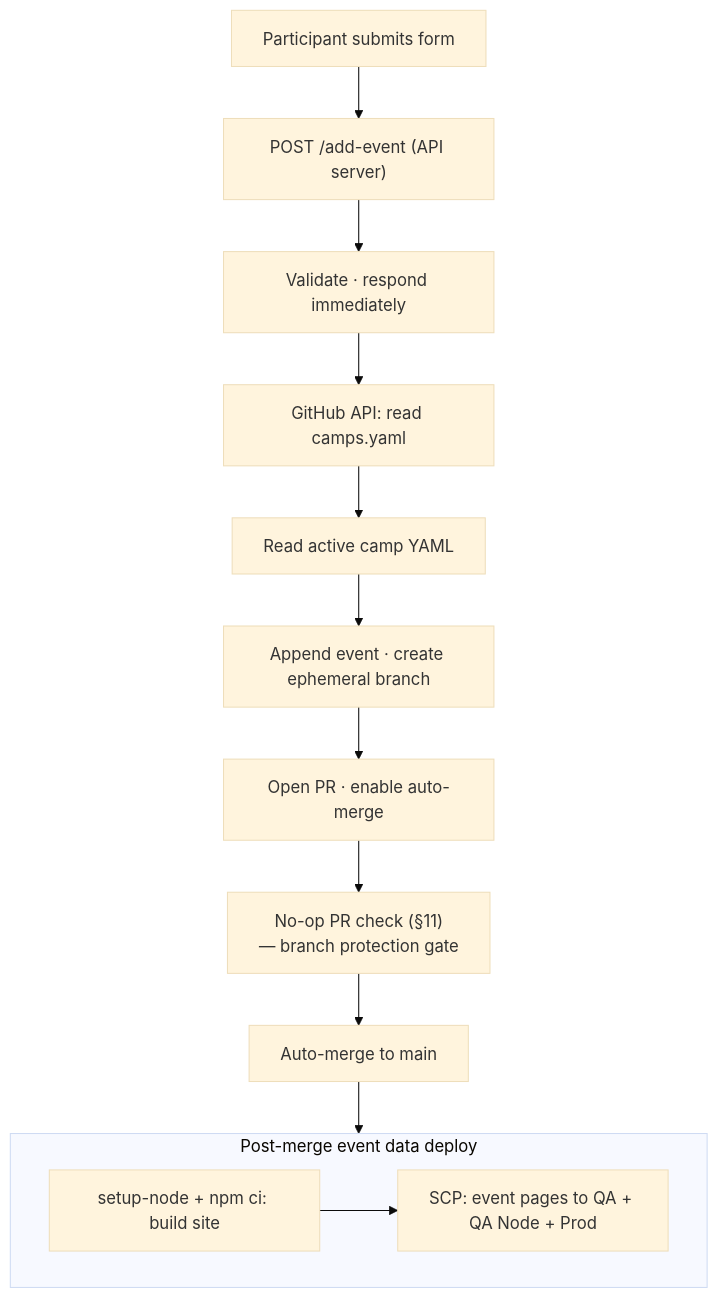
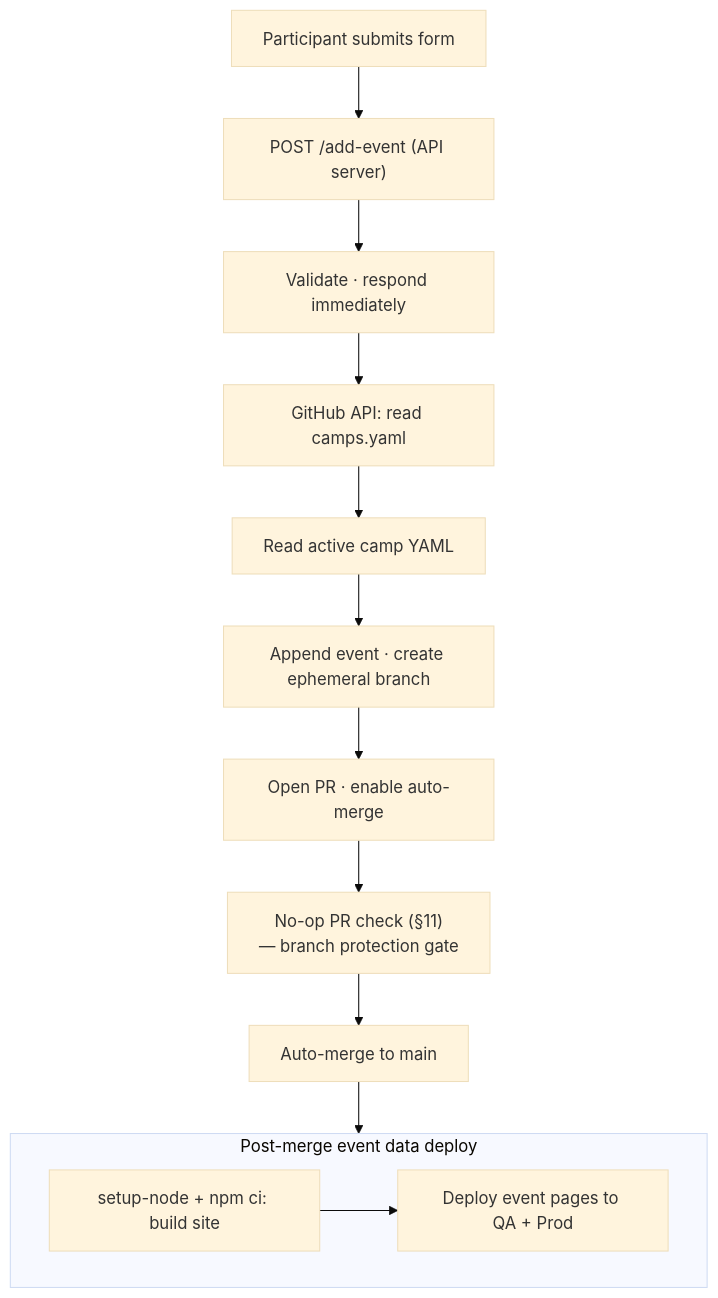
The first of 2 diagrams in docs/03-ARCHITECTURE.md (moggleif/sbsommar), drawn with Mermaid (base theme) before and after one commit. The commit also changed other lines of this file and 7 other files, not shown here.

First line of the commit message:
chore: remove QA-Node environment and deploy-qa-node workflow

````diff
--- a/docs/03-ARCHITECTURE.md
+++ b/docs/03-ARCHITECTURE.md
@@ -112,16 +112,16 @@
 ```mermaid
 flowchart TD
     A[Participant submits form] --> B["POST /add-event (API server)"]
     B --> C[Validate · respond immediately]
     C --> D[GitHub API: read camps.yaml]
     D --> E[Read active camp YAML]
     E --> F[Append event · create ephemeral branch]
     F --> G[Open PR · enable auto-merge]
     G --> H["No-op PR check (§11)\n— branch protection gate"]
     H --> I[Auto-merge to main]
     I --> J
 
     subgraph J [Post-merge event data deploy]
-        K[setup-node + npm ci: build site] --> L[SCP: event pages to QA + QA Node + Prod]
+        K[setup-node + npm ci: build site] --> L[Deploy event pages to QA + Prod]
     end
 ```
````
